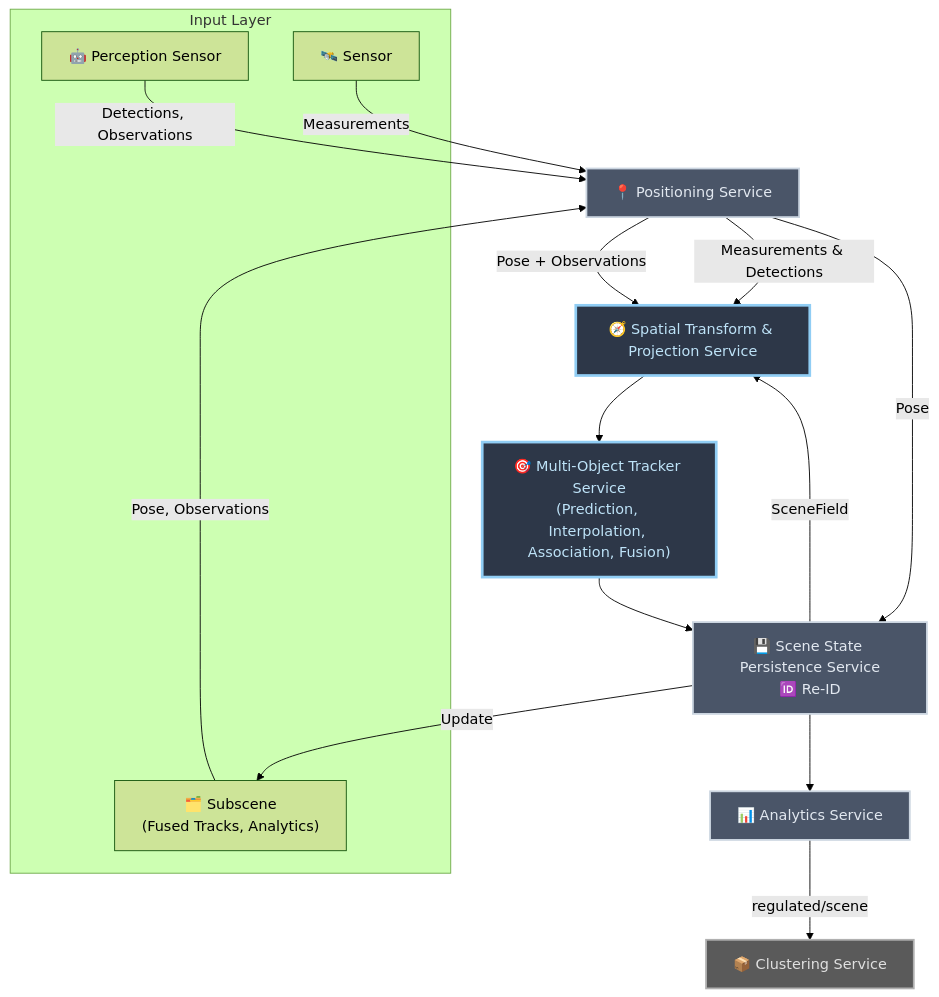
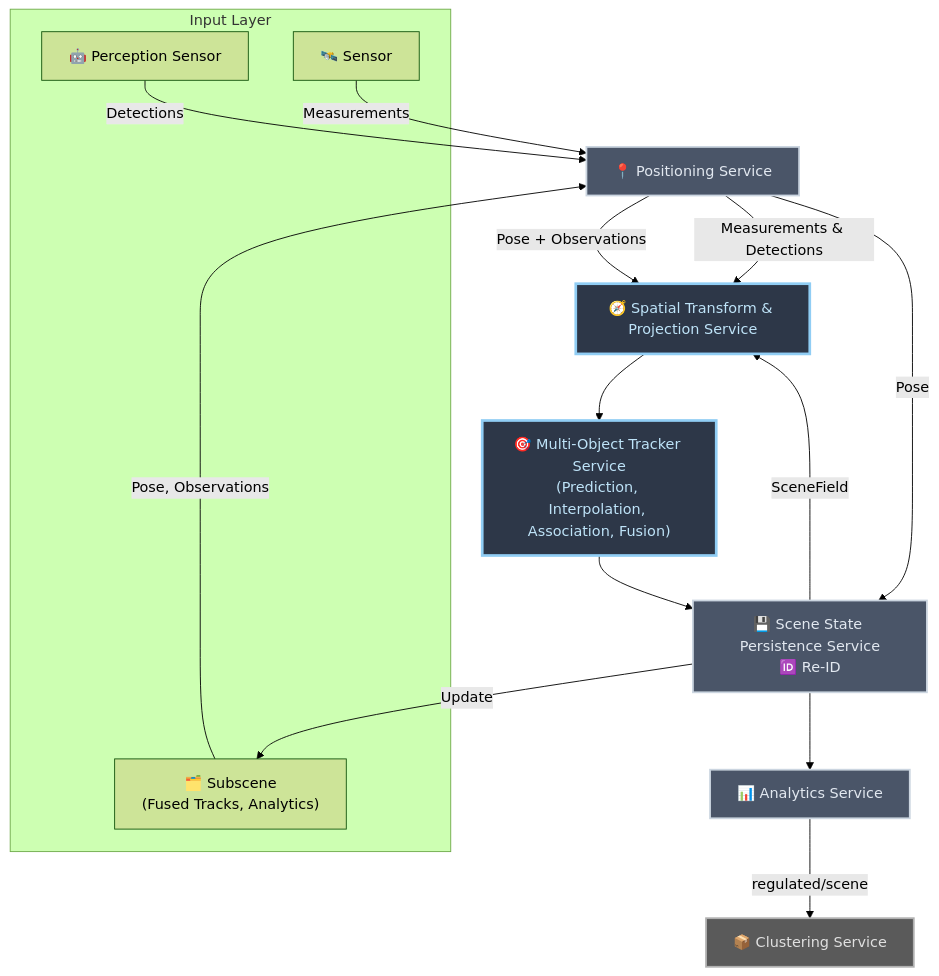
Before and after one commit to open-edge-platform/scenescape: the second of 2 diagrams in docs/adr/0013-controller-breakdown-microservices.md, drawn with Mermaid (forest theme). The commit also changed other lines of this file, not shown here.

````diff
--- a/docs/adr/0013-controller-breakdown-microservices.md
+++ b/docs/adr/0013-controller-breakdown-microservices.md
@@ -172,40 +169,40 @@
 ```mermaid
 flowchart TD
   %% Data sources
   subgraph InputLayer["Input Layer"]
     PerceptionSensor["🤖 Perception Sensor"]
     Subscene["🗂️ Subscene<br/>(Fused Tracks, Analytics)"]
     Sensor["🛰️ Sensor"]
   end
 
   %% Services
   Positioning["📍 Positioning Service"]
   Transform["🧭 Spatial Transform &amp; Projection Service"]
   Tracker["🎯 Multi-Object Tracker Service<br/>(Prediction, Interpolation, Association, Fusion)"]
   Persistence["💾 Scene State Persistence Service<br/>🆔 Re-ID"]
   Analytics["📊 Analytics Service"]
   Clustering["📦 Clustering Service"]
 
   Subscene -->|"Pose, Observations"| Positioning
   Sensor -->|"Measurements"| Positioning
-  PerceptionSensor -->|"Detections, Observations"| Positioning
+  PerceptionSensor -->|"Detections"| Positioning
 
   Positioning -->|"Pose + Observations"| Transform
   Positioning -->|"Measurements & Detections"| Transform
 
   Transform --> Tracker
   Tracker --> Persistence
   Positioning -->|"Pose"| Persistence
   Persistence -->|"SceneField"| Transform
   Persistence -->|"Update"| Subscene
 
   Persistence --> Analytics
   Analytics -->|"regulated/scene"| Clustering
 
   style Tracker fill:#2d3748,stroke:#90cdf4,stroke-width:3px,color:#bee3f8
   style Transform fill:#2d3748,stroke:#90cdf4,stroke-width:3px,color:#bee3f8
   style Positioning fill:#4a5568,stroke:#cbd5e0,stroke-width:2px,color:#e2e8f0
   style Persistence fill:#4a5568,stroke:#cbd5e0,stroke-width:2px,color:#e2e8f0
   style Analytics fill:#4a5568,stroke:#cbd5e0,stroke-width:2px,color:#e2e8f0
   style Clustering fill:#5a5a5a,stroke:#b0b0b0,stroke-width:2px,color:#e0e0e0
 ```
````
